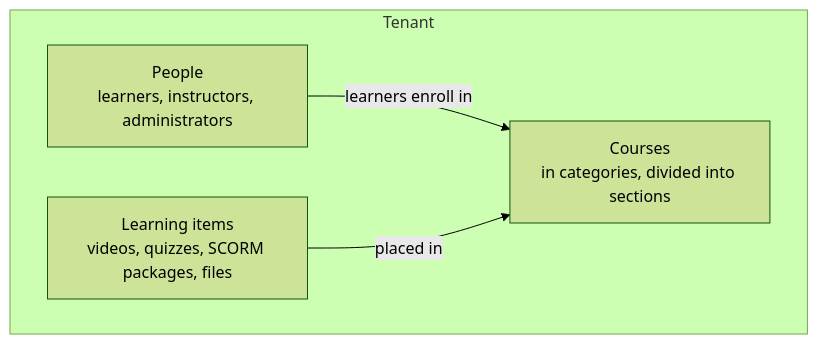
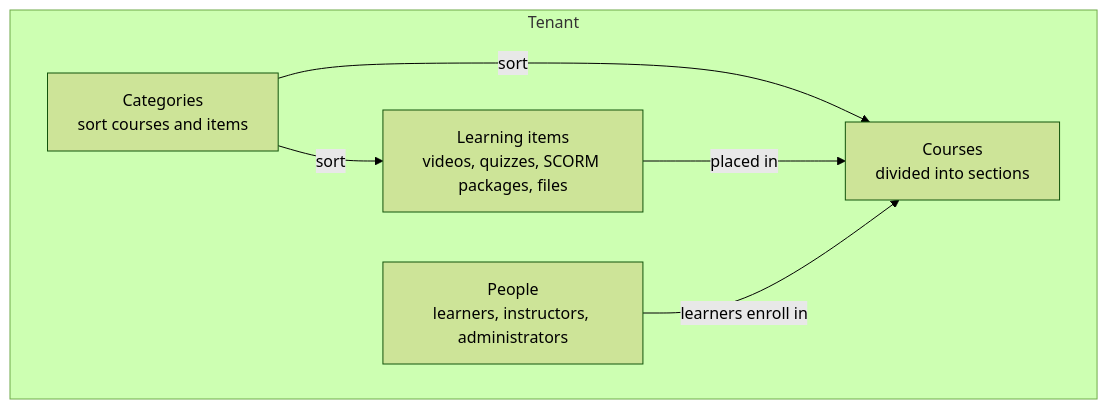
The first of 2 diagrams in docs-site/docs-current/getting-started/concepts.md (CMDxAI/CMDXAI-website), drawn with Mermaid (forest theme) before and after one commit. The commit also changed other lines of this file and 1 other file, not shown here.

First line of the commit message:
Add categories to the concepts page and glossary

````diff
--- a/docs-site/docs-current/getting-started/concepts.md
+++ b/docs-site/docs-current/getting-started/concepts.md
@@ -24,14 +25,17 @@
 ```mermaid
 flowchart LR
   accTitle: What a tenant contains
-  accDescr: A tenant contains people, courses and learning items. Learners enroll in courses. Learning items are placed in courses.
+  accDescr: A tenant contains people, categories, learning items and courses. Categories sort both courses and learning items. Learning items are placed in courses. Learners enroll in courses.
 
   subgraph tenant[Tenant]
     direction LR
+    categories["Categories<br/>sort courses and items"]
+    items["Learning items<br/>videos, quizzes, SCORM packages, files"]
+    courses["Courses<br/>divided into sections"]
     people["People<br/>learners, instructors, administrators"]
-    courses["Courses<br/>in categories, divided into sections"]
-    items["Learning items<br/>videos, quizzes, SCORM packages, files"]
+    categories -- sort --> items
+    categories -- sort --> courses
+    items -- placed in --> courses
     people -- learners enroll in --> courses
-    items -- placed in --> courses
   end
 ```
````
